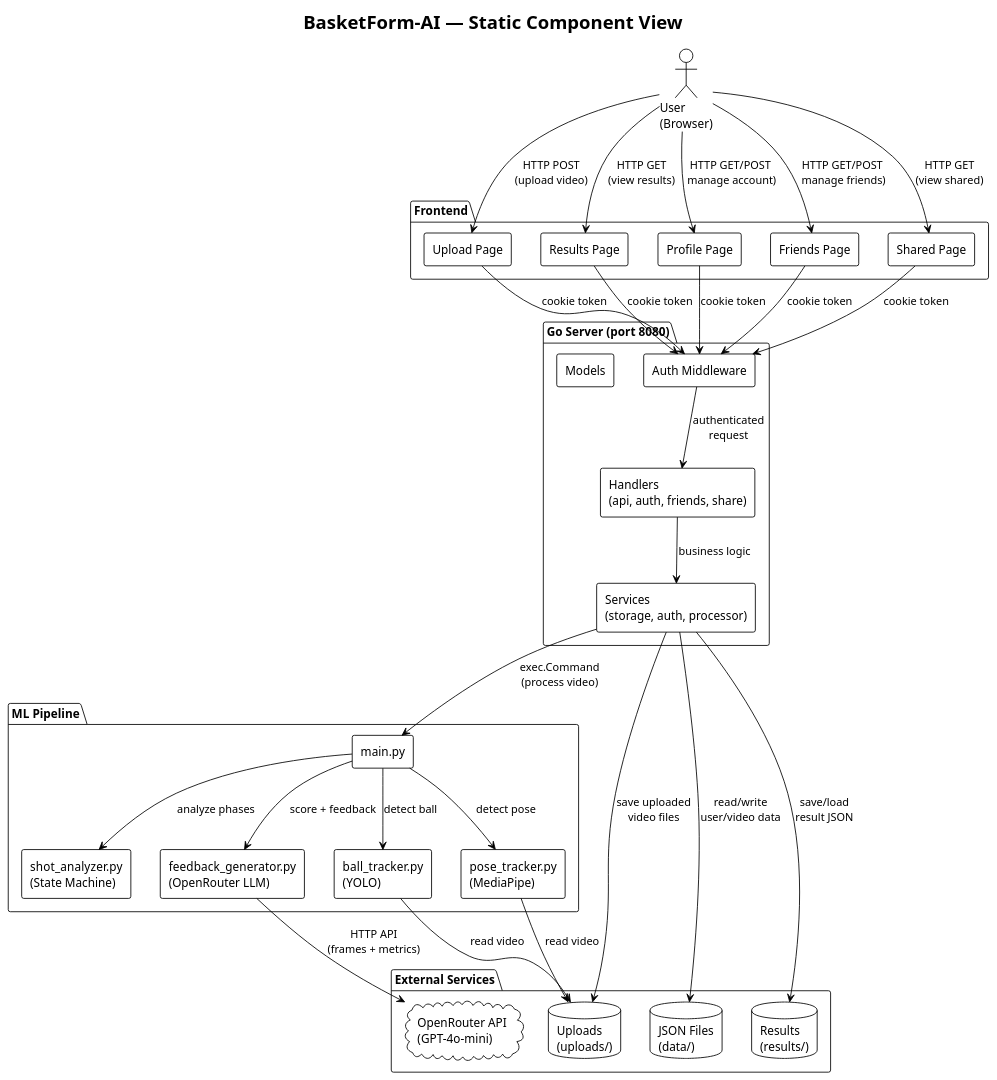
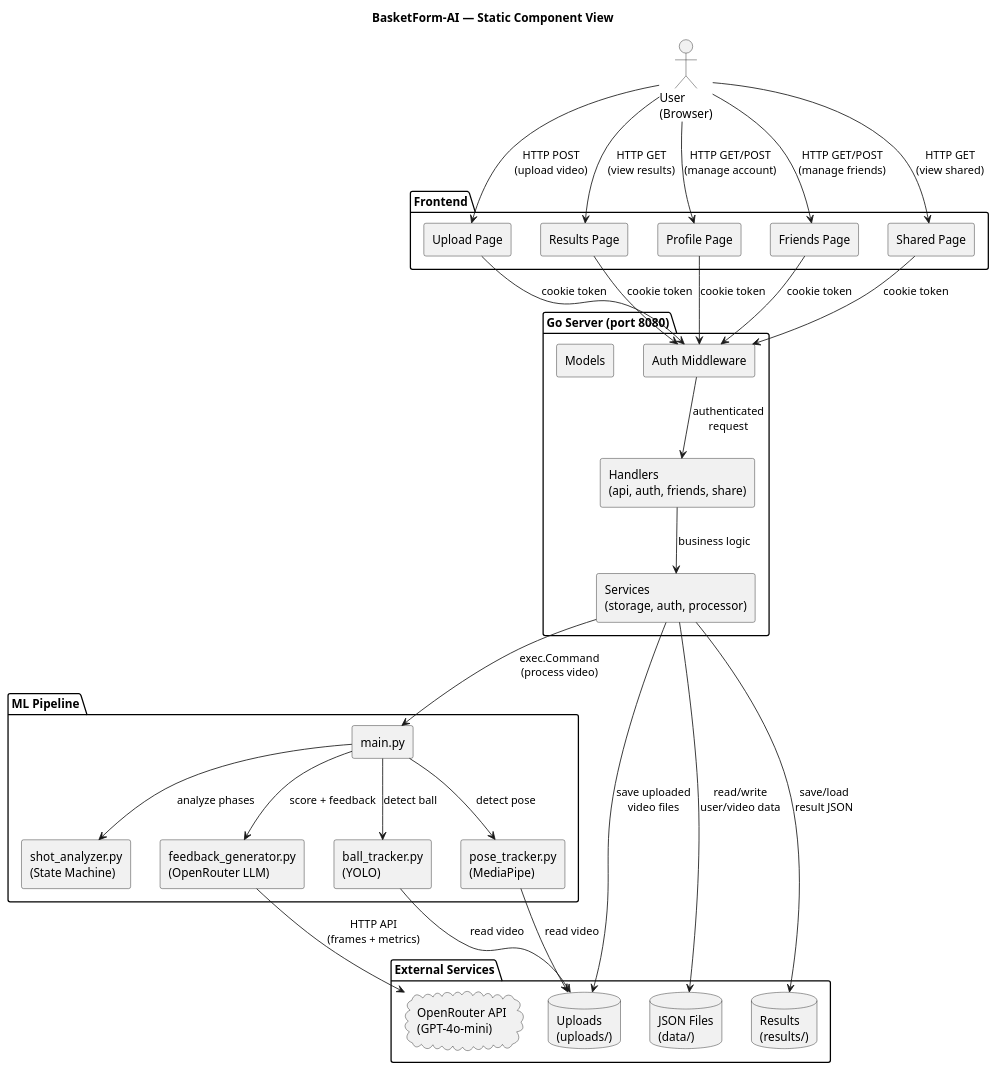
One commit to kr1ny77/BasketForm-AI changed the diagram in docs/architecture/static-view/component-diagram.puml. Above: the diagram before and after it, drawn with PlantUML. The commit also changed 13 other files, not shown here.

```diff
--- a/docs/architecture/static-view/component-diagram.puml
+++ b/docs/architecture/static-view/component-diagram.puml
@@ -1,74 +1,73 @@
 @startuml component-diagram
-!theme plain
 skinparam componentStyle rectangle
 skinparam backgroundColor white
 
 title BasketForm-AI — Static Component View
 
 actor "User\n(Browser)" as User
 
 package "Frontend" {
     [Upload Page] as Upload
     [Results Page] as Results
     [Profile Page] as Profile
     [Friends Page] as Friends
     [Shared Page] as Shared
 }
 
 package "Go Server (port 8080)" {
     [Auth Middleware] as Auth
     [Handlers\n(api, auth, friends, share)] as Handlers
     [Services\n(storage, auth, processor)] as Services
     [Models] as Models
 }
 
 package "ML Pipeline" {
     [main.py] as MLMain
     [ball_tracker.py\n(YOLO)] as BallTrack
     [pose_tracker.py\n(MediaPipe)] as PoseTrack
     [shot_analyzer.py\n(State Machine)] as ShotAnalyze
     [feedback_generator.py\n(OpenRouter LLM)] as Feedback
 }
 
 package "External Services" {
     database "JSON Files\n(data/)" as JSONFiles
     database "Uploads\n(uploads/)" as Uploads
     database "Results\n(results/)" as ResultsDir
     cloud "OpenRouter API\n(GPT-4o-mini)" as LLM
 }
 
 ' Frontend connections
 User --> Upload : HTTP POST\n(upload video)
 User --> Results : HTTP GET\n(view results)
-User --> Profile : HTTP GET/POST\n manage account)
-User --> Friends : HTTP GET/POST\n manage friends)
+User --> Profile : HTTP GET/POST\n(manage account)
+User --> Friends : HTTP GET/POST\n(manage friends)
 User --> Shared : HTTP GET\n(view shared)
 
 Upload --> Auth : cookie token
 Results --> Auth : cookie token
 Profile --> Auth : cookie token
 Friends --> Auth : cookie token
 Shared --> Auth : cookie token
 
 ' Auth to handlers
 Auth --> Handlers : authenticated\nrequest
 
 ' Handlers to services
 Handlers --> Services : business logic
 
 ' Services to data
 Services --> JSONFiles : read/write\nuser/video data
 Services --> Uploads : save uploaded\nvideo files
 Services --> ResultsDir : save/load\nresult JSON
 
 ' ML integration
 Services --> MLMain : exec.Command\n(process video)
 MLMain --> BallTrack : detect ball
 MLMain --> PoseTrack : detect pose
 MLMain --> ShotAnalyze : analyze phases
 MLMain --> Feedback : score + feedback
 BallTrack --> Uploads : read video
 PoseTrack --> Uploads : read video
 Feedback --> LLM : HTTP API\n(frames + metrics)
 
 @enduml
```
